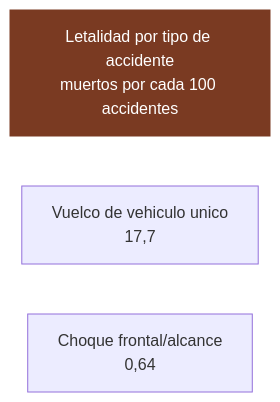
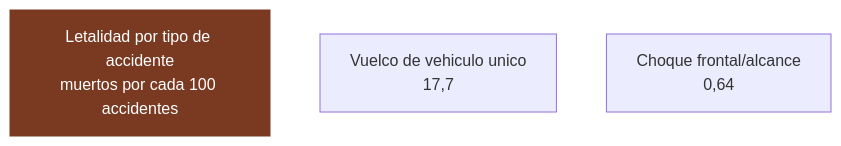
Before and after one commit to morandeirachema/namibia: the first of 2 diagrams in 06-conduccion.md, drawn with Mermaid. The commit also changed 10 other files, not shown here.

````diff
--- a/06-conduccion.md
+++ b/06-conduccion.md
@@ -32,9 +32,9 @@
 ```mermaid
-flowchart TD
+flowchart LR
     T["Letalidad por tipo de accidente<br/>muertos por cada 100 accidentes"]
     n0["Vuelco de vehiculo unico<br/>17,7"]
     n1["Choque frontal/alcance<br/>0,64"]
     T ~~~ n0
     n0 ~~~ n1
     style T fill:#7a3a22,color:#fff,stroke:#7a3a22
 ```
````
